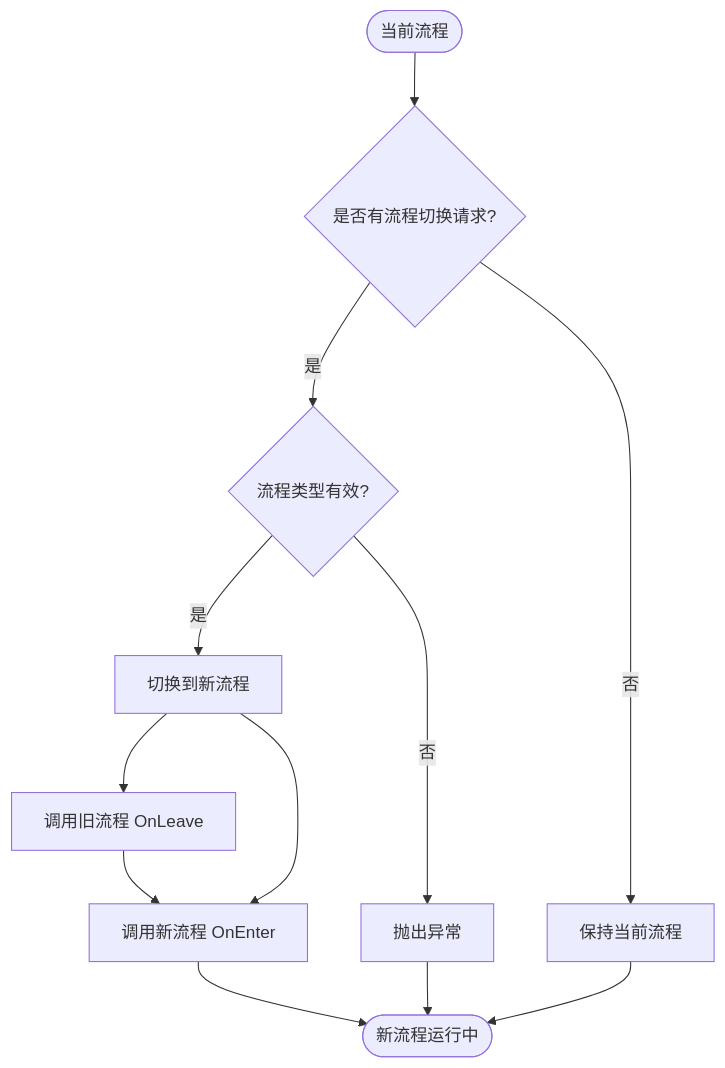
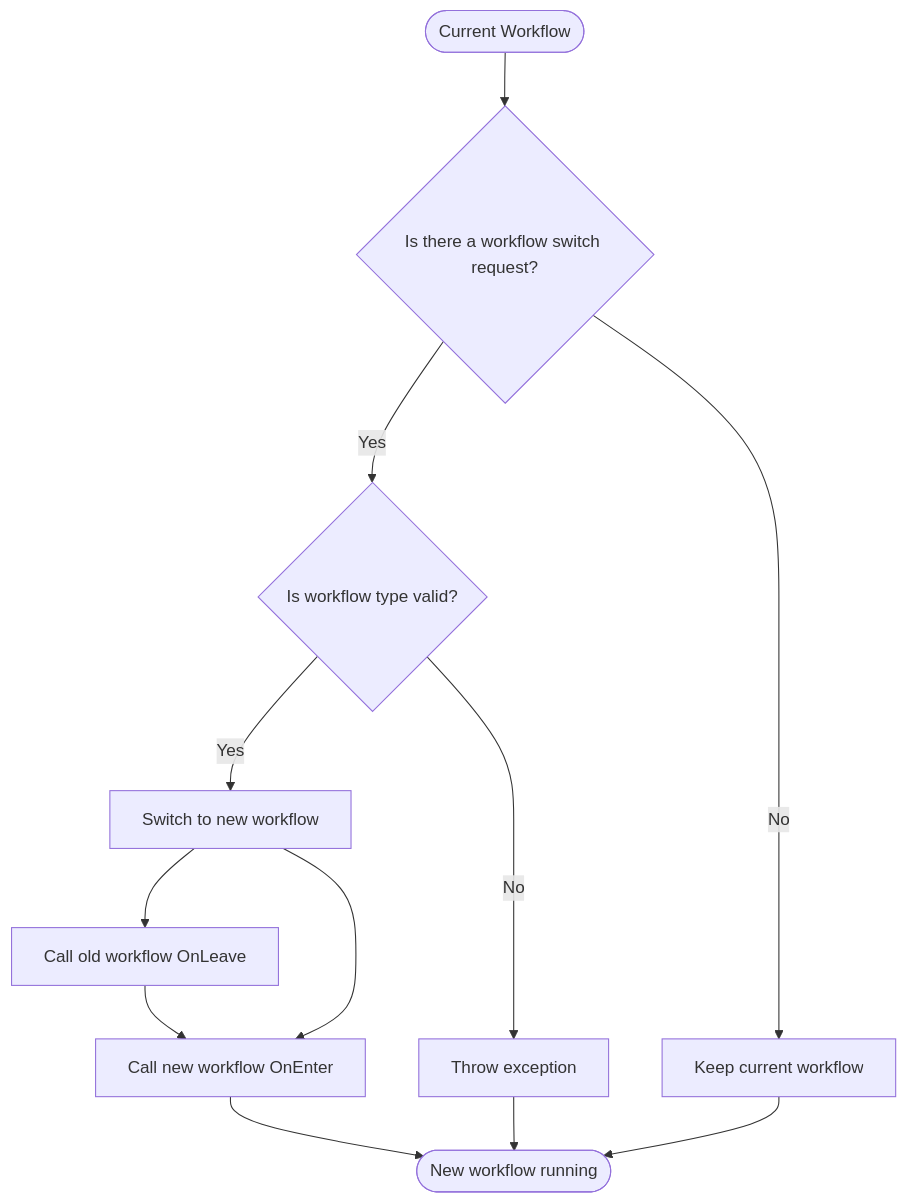
Before and after one commit to AlianBlank/GameFrameX.Docs: the third of 3 diagrams in docs/en/client/unity/component/procedure/05.iprocedure-manager.md, drawn with Mermaid. The commit also changed other lines of this file and 242 other files, not shown here.

````diff
--- a/docs/en/client/unity/component/procedure/05.iprocedure-manager.md
+++ b/docs/en/client/unity/component/procedure/05.iprocedure-manager.md
@@ -88,14 +88,14 @@
 ```mermaid
 flowchart TD
-    Start([当前流程]) --> Check{是否有流程切换请求?}
-    Check -->|是| Validate{流程类型有效?}
-    Check -->|否| Keep[保持当前流程]
-    Validate -->|是| Switch[切换到新流程]
-    Validate -->|否| Error[抛出异常]
-    Switch --> Leave[调用旧流程 OnLeave]
-    Switch --> Enter[调用新流程 OnEnter]
+    Start([Current Workflow]) --> Check{Is there a workflow switch request?}
+    Check -->|Yes| Validate{Is workflow type valid?}
+    Check -->|No| Keep[Keep current workflow]
+    Validate -->|Yes| Switch[Switch to new workflow]
+    Validate -->|No| Error[Throw exception]
+    Switch --> Leave[Call old workflow OnLeave]
+    Switch --> Enter[Call new workflow OnEnter]
     Leave --> Enter
-    Enter --> End([新流程运行中])
+    Enter --> End([New workflow running])
     Keep --> End
     Error --> End
 ```
````
